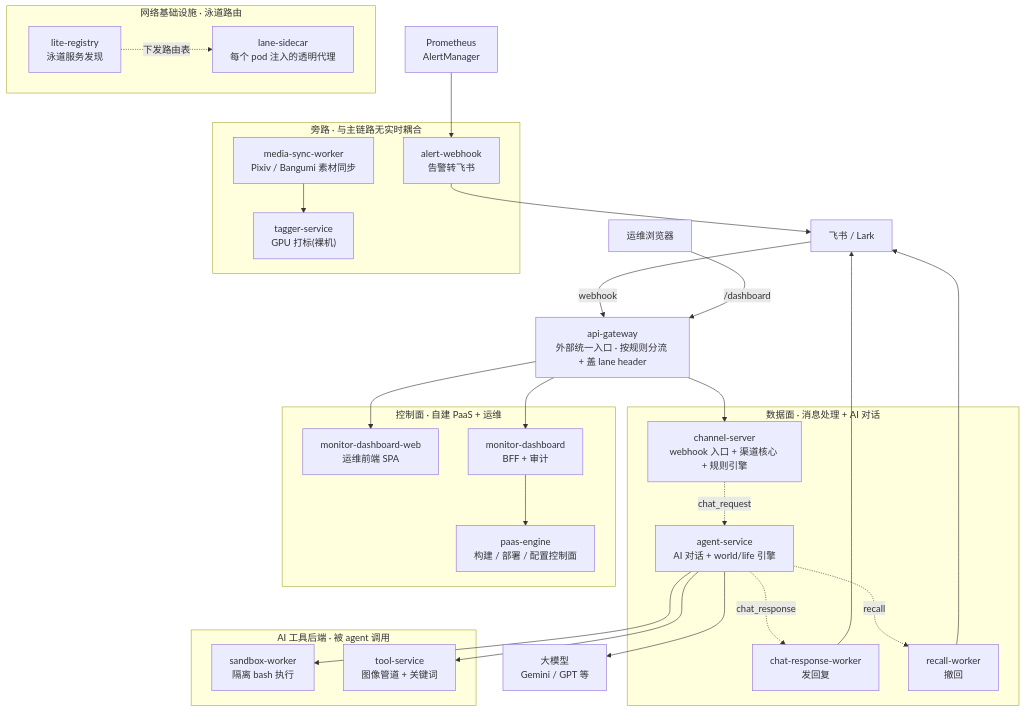
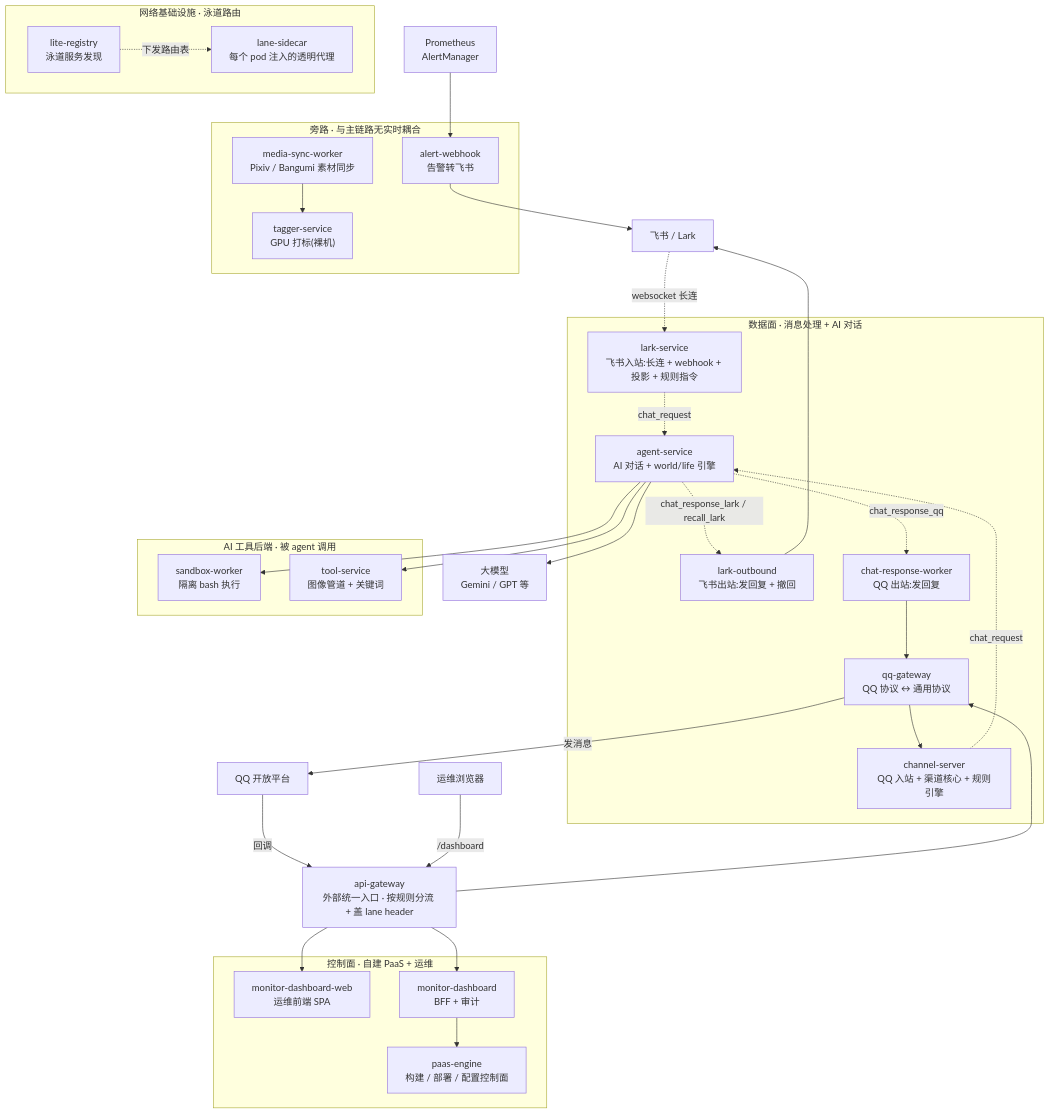
The first of 5 diagrams in docs/service-topology.md (bezhai/chiwei-platform), drawn with Mermaid before and after one commit. The commit also changed other lines of this file and 203 other files, not shown here.

````diff
--- a/docs/service-topology.md
+++ b/docs/service-topology.md
@@ -29,53 +29,58 @@
 ```mermaid
 flowchart TB
     Feishu["飞书 / Lark"]
+    QQ["QQ 开放平台"]
     Browser["运维浏览器"]
     Prom["Prometheus<br/>AlertManager"]
     LLM["大模型<br/>Gemini / GPT 等"]
 
     GW["api-gateway<br/>外部统一入口 · 按规则分流 + 盖 lane header"]
 
     subgraph data["数据面 · 消息处理 + AI 对话"]
-        CS["channel-server<br/>webhook 入口 + 渠道核心 + 规则引擎"]
+        LKS["lark-service<br/>飞书入站:长连 + webhook + 投影 + 规则指令"]
+        LKO["lark-outbound<br/>飞书出站:发回复 + 撤回"]
+        QGW["qq-gateway<br/>QQ 协议 ↔ 通用协议"]
+        CS["channel-server<br/>QQ 入站 + 渠道核心 + 规则引擎"]
         AS["agent-service<br/>AI 对话 + world/life 引擎"]
-        CRW["chat-response-worker<br/>发回复"]
-        RW["recall-worker<br/>撤回"]
+        CRW["chat-response-worker<br/>QQ 出站:发回复"]
     end
 
     subgraph tools["AI 工具后端 · 被 agent 调用"]
         SB["sandbox-worker<br/>隔离 bash 执行"]
         TS["tool-service<br/>图像管道 + 关键词"]
     end
 
     subgraph ctrl["控制面 · 自建 PaaS + 运维"]
         DW["monitor-dashboard-web<br/>运维前端 SPA"]
         DB["monitor-dashboard<br/>BFF + 审计"]
         PE["paas-engine<br/>构建 / 部署 / 配置控制面"]
     end
 
     subgraph net["网络基础设施 · 泳道路由"]
         REG["lite-registry<br/>泳道服务发现"]
         LS["lane-sidecar<br/>每个 pod 注入的透明代理"]
     end
 
     subgraph aside["旁路 · 与主链路无实时耦合"]
         AW["alert-webhook<br/>告警转飞书"]
         MS["media-sync-worker<br/>Pixiv / Bangumi 素材同步"]
         TAG["tagger-service<br/>GPU 打标(裸机)"]
     end
 
-    Feishu -->|webhook| GW
+    Feishu -.->|websocket 长连| LKS
+    QQ -->|回调| GW
     Browser -->|/dashboard| GW
-    GW --> CS
+    GW --> QGW --> CS
     GW --> DW
     GW --> DB --> PE
+    LKS -. chat_request .-> AS
     CS -. chat_request .-> AS
-    AS -. chat_response .-> CRW --> Feishu
-    AS -. recall .-> RW --> Feishu
+    AS -. chat_response_lark / recall_lark .-> LKO --> Feishu
+    AS -. chat_response_qq .-> CRW --> QGW -->|发消息| QQ
     AS --> SB
     AS --> TS
     AS --> LLM
     Prom --> AW --> Feishu
     MS --> TAG
     REG -. 下发路由表 .-> LS
 ```
````
